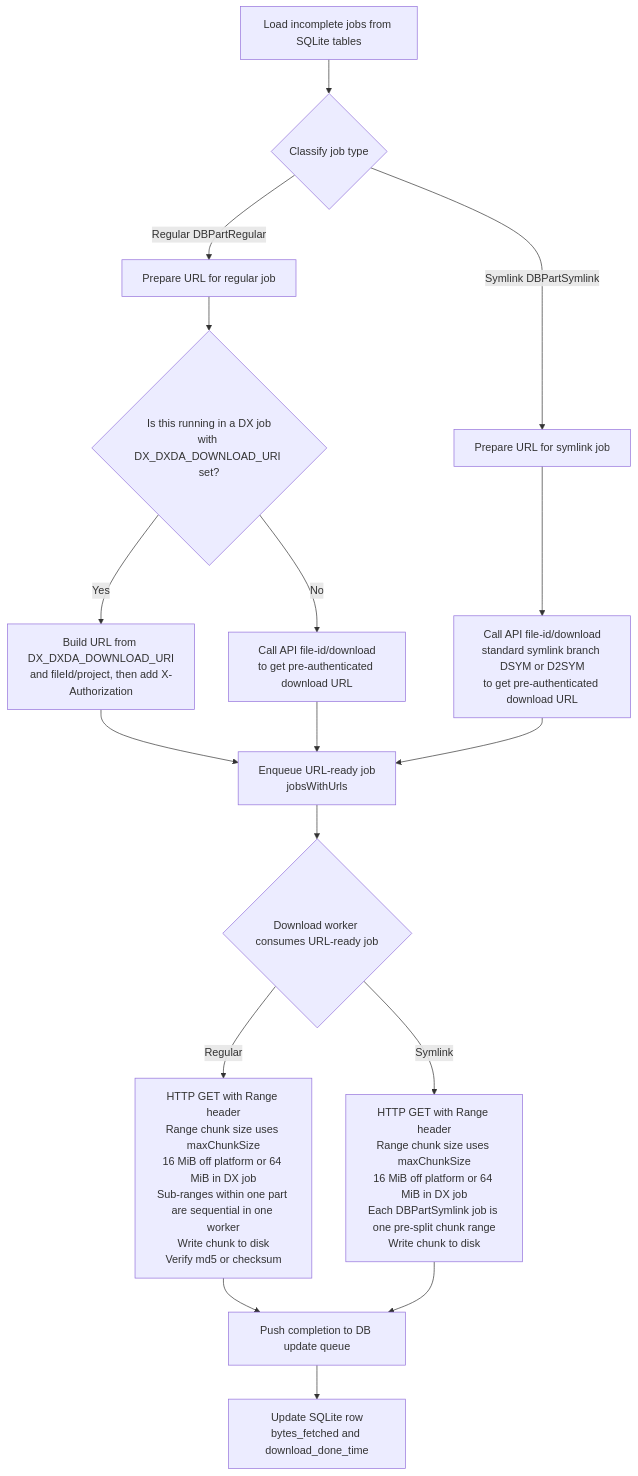
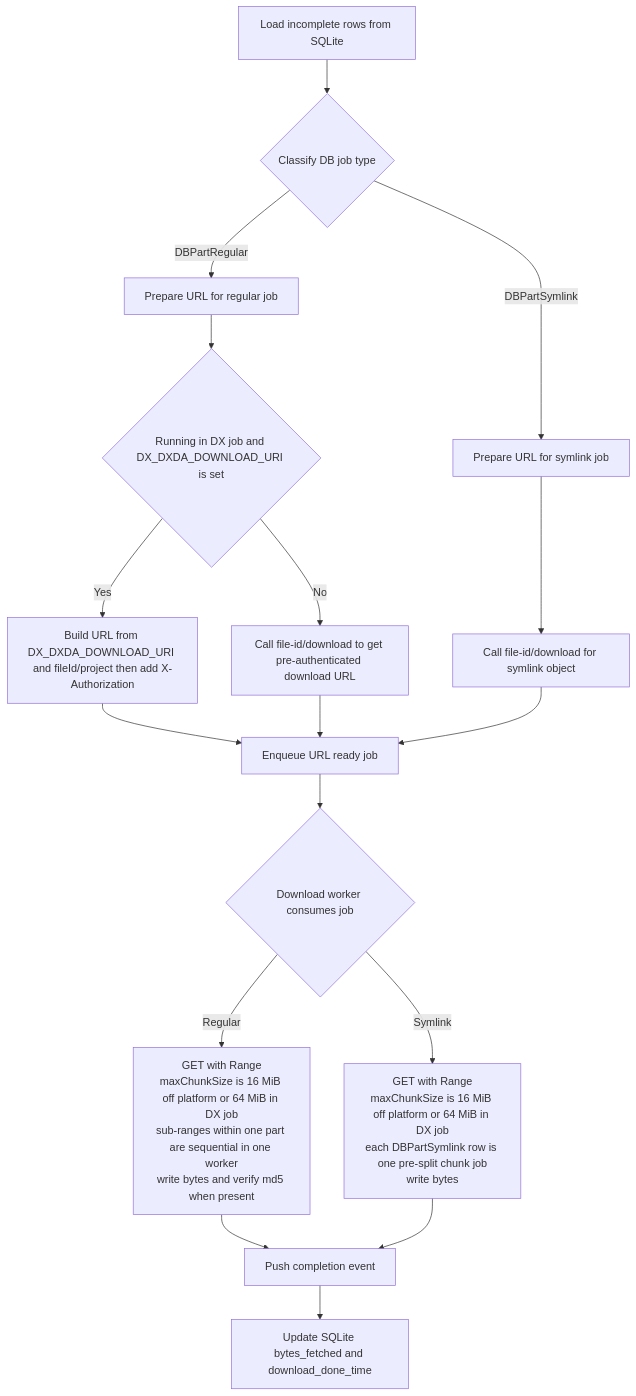
Before and after one commit to dnanexus/dxda: the third of 4 diagrams in doc/DXDA_DOWNLOAD_FLOW.md, drawn with Mermaid. The commit also changed other lines of this file, not shown here.

````diff
--- a/doc/DXDA_DOWNLOAD_FLOW.md
+++ b/doc/DXDA_DOWNLOAD_FLOW.md
@@ -122,25 +194,25 @@
 ```mermaid
 flowchart TD
-    A[Load incomplete jobs from SQLite tables] --> B{Classify job type}
+    A[Load incomplete rows from SQLite] --> B{Classify DB job type}
 
-    B -->|Regular DBPartRegular| R1[Prepare URL for regular job]
-    B -->|Symlink DBPartSymlink| S1[Prepare URL for symlink job]
+    B -->|DBPartRegular| R1[Prepare URL for regular job]
+    B -->|DBPartSymlink| S1[Prepare URL for symlink job]
 
-    R1 --> R2{Is this running in a DX job\nwith DX_DXDA_DOWNLOAD_URI set?}
-    R2 -->|Yes| R3[Build URL from DX_DXDA_DOWNLOAD_URI\nand fileId/project, then add X-Authorization]
-    R2 -->|No| R4[Call API file-id/download\nto get pre-authenticated download URL]
+    R1 --> R2{Running in DX job and DX_DXDA_DOWNLOAD_URI is set}
+    R2 -->|Yes| R3[Build URL from DX_DXDA_DOWNLOAD_URI and fileId/project then add X-Authorization]
+    R2 -->|No| R4[Call file-id/download to get pre-authenticated download URL]
 
-    S1 --> S2[Call API file-id/download\nstandard symlink branch DSYM or D2SYM\nto get pre-authenticated download URL]
+    S1 --> S2[Call file-id/download for symlink object]
 
-    R3 --> Q[Enqueue URL-ready job\njobsWithUrls]
+    R3 --> Q[Enqueue URL ready job]
     R4 --> Q
     S2 --> Q
 
-    Q --> D{Download worker consumes URL-ready job}
-    D -->|Regular| DR[HTTP GET with Range header\nRange chunk size uses maxChunkSize\n16 MiB off platform or 64 MiB in DX job\nSub-ranges within one part are sequential in one worker\nWrite chunk to disk\nVerify md5 or checksum]
-    D -->|Symlink| DS[HTTP GET with Range header\nRange chunk size uses maxChunkSize\n16 MiB off platform or 64 MiB in DX job\nEach DBPartSymlink job is one pre-split chunk range\nWrite chunk to disk]
+    Q --> D{Download worker consumes job}
+    D -->|Regular| DR[GET with Range\nmaxChunkSize is 16 MiB off platform or 64 MiB in DX job\nsub-ranges within one part are sequential in one worker\nwrite bytes and verify md5 when present]
+    D -->|Symlink| DS[GET with Range\nmaxChunkSize is 16 MiB off platform or 64 MiB in DX job\neach DBPartSymlink row is one pre-split chunk job\nwrite bytes]
 
-    DR --> U[Push completion to DB update queue]
+    DR --> U[Push completion event]
     DS --> U
-    U --> V[Update SQLite row\nbytes_fetched and download_done_time]
+    U --> V[Update SQLite bytes_fetched and download_done_time]
 ```
````
